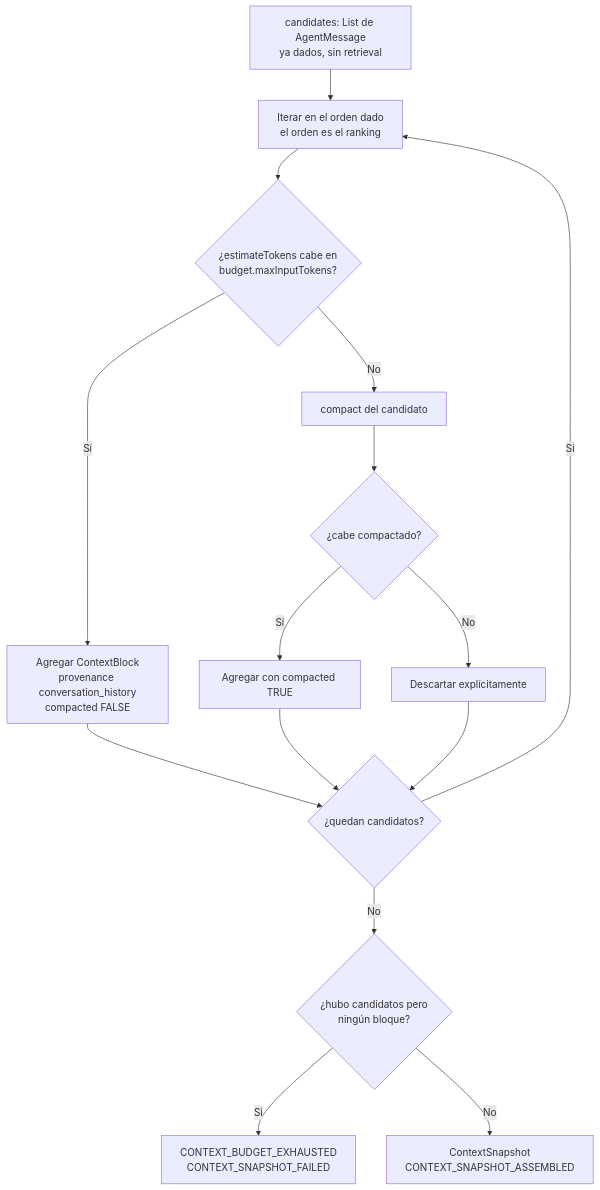
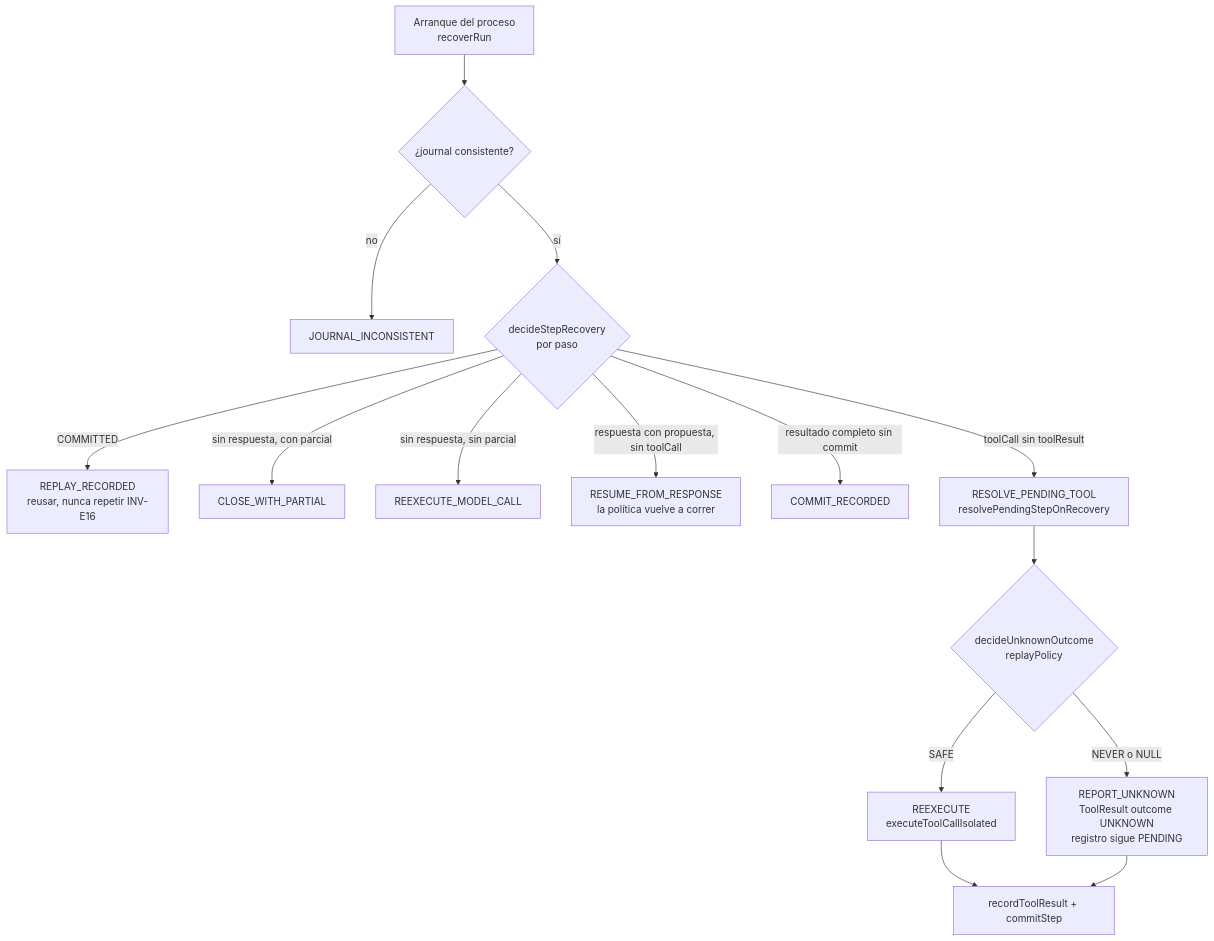
One commit to aaramirez/arnes-ai changed the sixth of 8 diagrams in docs/diagramas/book-harness/BH-Arquitectura-y-Flujos.md. Above: the diagram before and after it, drawn with Mermaid. The commit also changed other lines of this file and 52 other files, not shown here.

````diff
--- a/docs/diagramas/book-harness/BH-Arquitectura-y-Flujos.md
+++ b/docs/diagramas/book-harness/BH-Arquitectura-y-Flujos.md
@@ -248,15 +290,16 @@
 ```mermaid
 flowchart TD
-  C["candidates: List de AgentMessage<br/>ya dados, sin retrieval"] --> L["Iterar en el orden dado<br/>el orden es el ranking"]
-  L --> T{"¿estimateTokens cabe en<br/>budget.maxInputTokens?"}
-  T -- Sí --> ADD["Agregar ContextBlock<br/>provenance conversation_history<br/>compacted FALSE"]
-  T -- No --> CMP["compact del candidato"]
-  CMP --> T2{"¿cabe compactado?"}
-  T2 -- Sí --> ADDC["Agregar con compacted TRUE"]
-  T2 -- No --> DROP["Descartar explícitamente"]
-  ADD & ADDC & DROP --> NEXT{"¿quedan candidatos?"}
-  NEXT -- Sí --> L
-  NEXT -- No --> EMPTY{"¿hubo candidatos pero<br/>ningún bloque?"}
-  EMPTY -- Sí --> ERR["CONTEXT_BUDGET_EXHAUSTED<br/>CONTEXT_SNAPSHOT_FAILED"]
-  EMPTY -- No --> SNAP["ContextSnapshot<br/>CONTEXT_SNAPSHOT_ASSEMBLED"]
+  S["Arranque del proceso<br/>recoverRun"] --> J{"¿journal consistente?"}
+  J -- "no" --> JI["JOURNAL_INCONSISTENT"]
+  J -- "sí" --> D{"decideStepRecovery<br/>por paso"}
+  D -- "COMMITTED" --> RR["REPLAY_RECORDED<br/>reusar, nunca repetir INV-E16"]
+  D -- "sin respuesta, con parcial" --> CP["CLOSE_WITH_PARTIAL"]
+  D -- "sin respuesta, sin parcial" --> RM["REEXECUTE_MODEL_CALL"]
+  D -- "respuesta con propuesta, sin toolCall" --> RFR["RESUME_FROM_RESPONSE<br/>la política vuelve a correr"]
+  D -- "resultado completo sin commit" --> CR["COMMIT_RECORDED"]
+  D -- "toolCall sin toolResult" --> PT["RESOLVE_PENDING_TOOL<br/>resolvePendingStepOnRecovery"]
+  PT --> U{"decideUnknownOutcome<br/>replayPolicy"}
+  U -- "SAFE" --> RX["REEXECUTE<br/>executeToolCallIsolated"]
+  U -- "NEVER o NULL" --> UNK["REPORT_UNKNOWN<br/>ToolResult outcome UNKNOWN<br/>registro sigue PENDING"]
+  RX & UNK --> C["recordToolResult + commitStep"]
 ```
````
